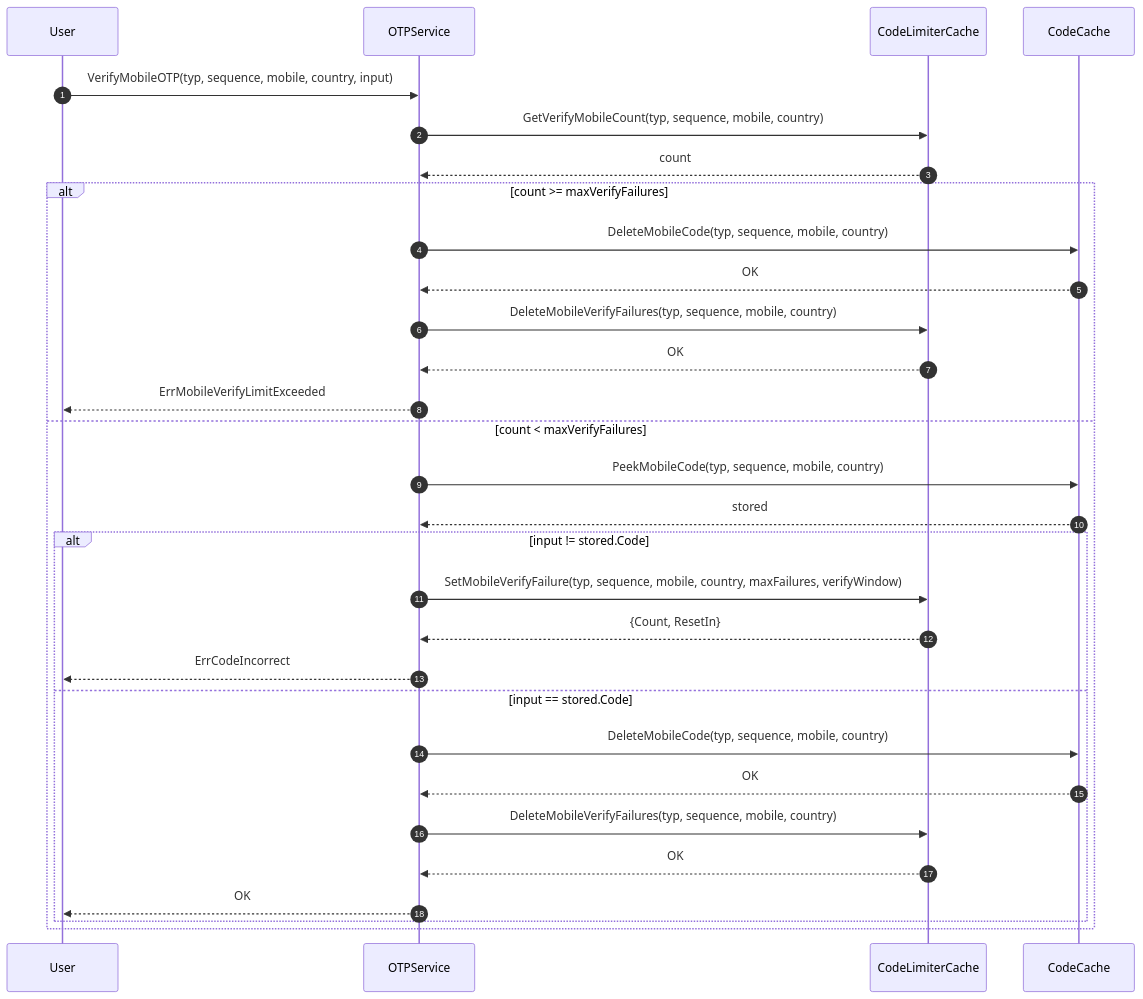
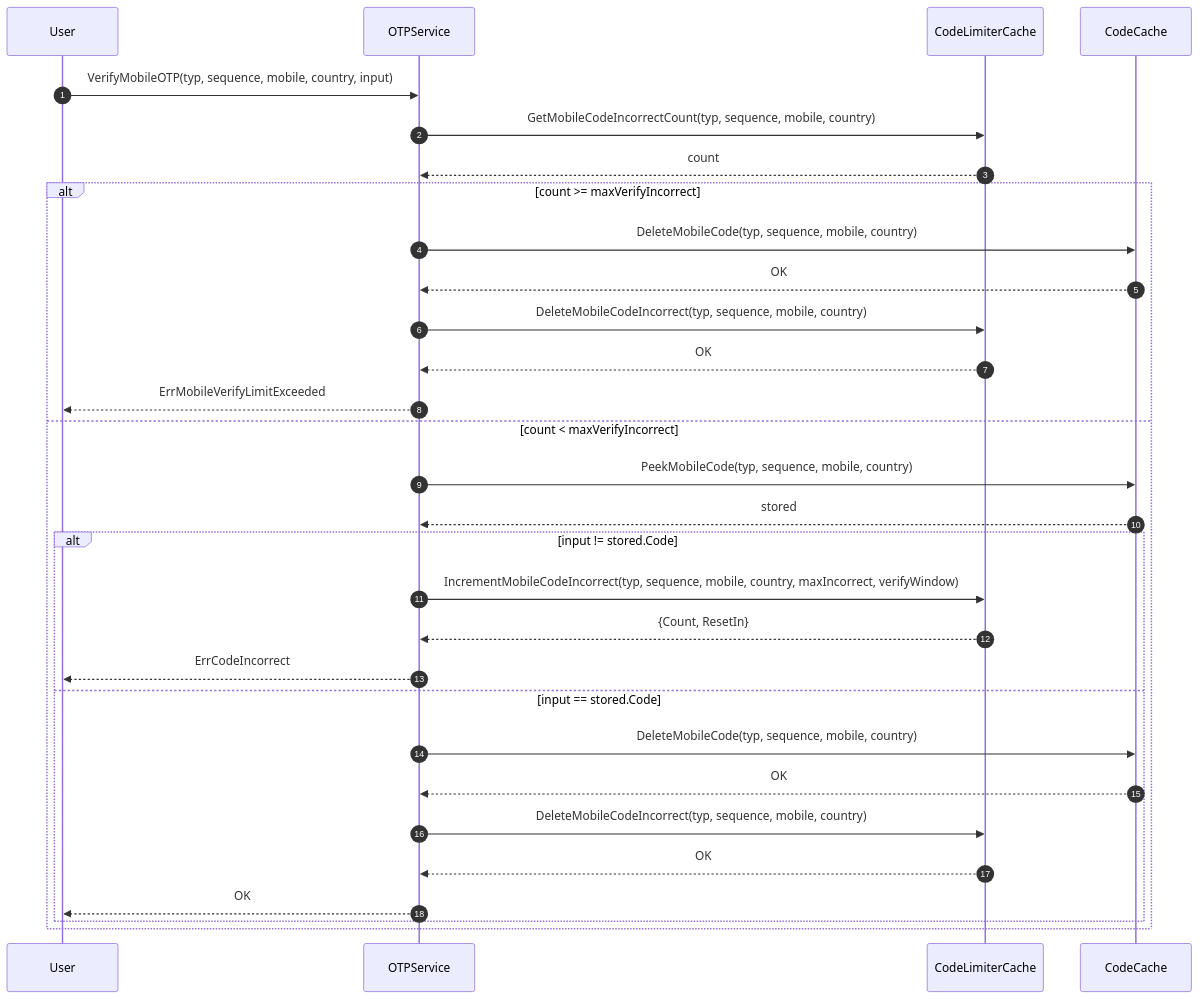
Before and after one commit to crypto-zero/go-biz: the second of 2 diagrams in verification/README.md, drawn with Mermaid. The commit also changed other lines of this file and 2 other files, not shown here.

Commit message:
feat: change sequence diagram function name

````diff
--- a/verification/README.md
+++ b/verification/README.md
@@ -114,34 +114,34 @@
 ```mermaid
 sequenceDiagram
     autonumber
     participant User
     participant OTPService
     participant CodeLimiterCache
     participant CodeCache
 
     User->>OTPService: VerifyMobileOTP(typ, sequence, mobile, country, input)
-    OTPService->>CodeLimiterCache: GetVerifyMobileCount(typ, sequence, mobile, country)
+    OTPService->>CodeLimiterCache: GetMobileCodeIncorrectCount(typ, sequence, mobile, country)
     CodeLimiterCache-->>OTPService: count
 
-    alt count >= maxVerifyFailures
+    alt count >= maxVerifyIncorrect
         OTPService->>CodeCache: DeleteMobileCode(typ, sequence, mobile, country)
         CodeCache-->>OTPService: OK
-        OTPService->>CodeLimiterCache: DeleteMobileVerifyFailures(typ, sequence, mobile, country)
+        OTPService->>CodeLimiterCache: DeleteMobileCodeIncorrect(typ, sequence, mobile, country)
         CodeLimiterCache-->>OTPService: OK
         OTPService-->>User: ErrMobileVerifyLimitExceeded
-    else count < maxVerifyFailures
+    else count < maxVerifyIncorrect
         OTPService->>CodeCache: PeekMobileCode(typ, sequence, mobile, country)
         CodeCache-->>OTPService: stored
         alt input != stored.Code
-            OTPService->>CodeLimiterCache: SetMobileVerifyFailure(typ, sequence, mobile, country, maxFailures, verifyWindow)
+            OTPService->>CodeLimiterCache: IncrementMobileCodeIncorrect(typ, sequence, mobile, country, maxIncorrect, verifyWindow)
             CodeLimiterCache-->>OTPService: {Count, ResetIn}
             OTPService-->>User: ErrCodeIncorrect
         else input == stored.Code
             OTPService->>CodeCache: DeleteMobileCode(typ, sequence, mobile, country)
             CodeCache-->>OTPService: OK
-            OTPService->>CodeLimiterCache: DeleteMobileVerifyFailures(typ, sequence, mobile, country)
+            OTPService->>CodeLimiterCache: DeleteMobileCodeIncorrect(typ, sequence, mobile, country)
             CodeLimiterCache-->>OTPService: OK
             OTPService-->>User: OK
         end
     end
 ```
````
